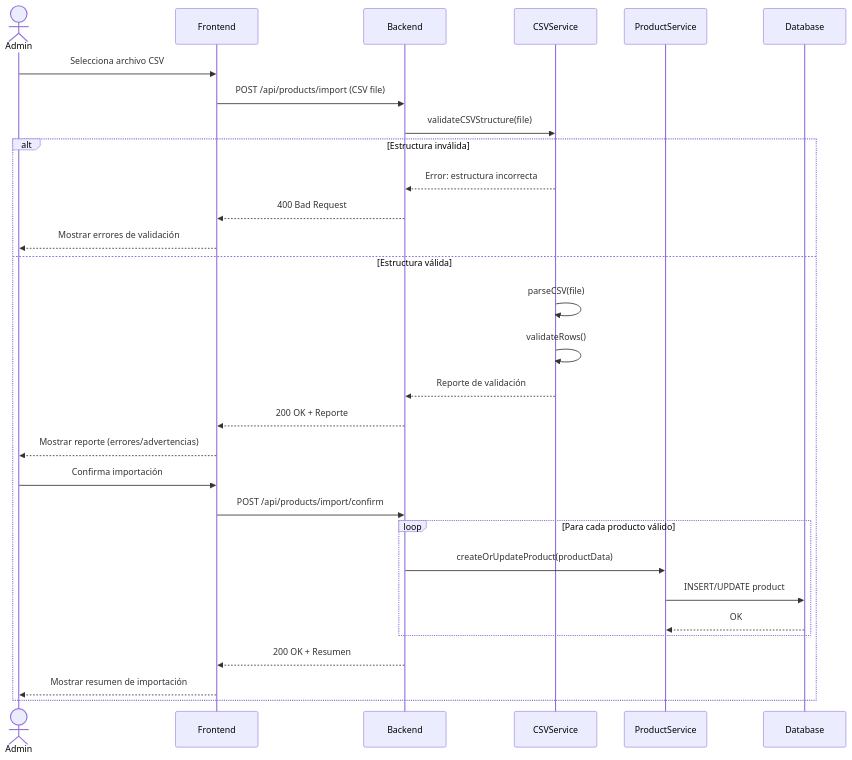
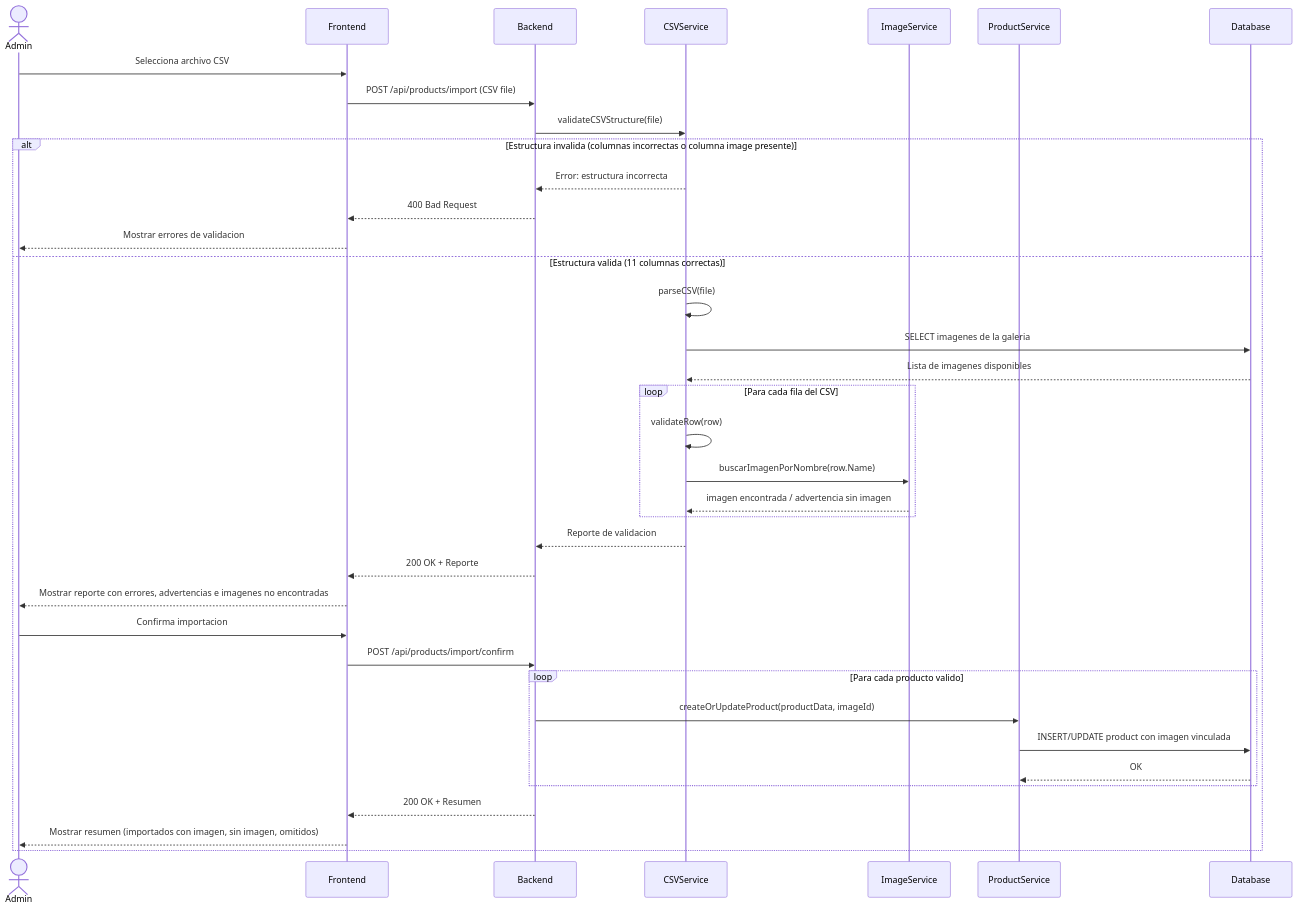
Before and after one commit to MarioEstu/sistem-aljaba: the third of 13 diagrams in docs/diagramas/DIAGRAMAS_UML.md, drawn with Mermaid. The commit also changed other lines of this file and 3 other files, not shown here.

````diff
--- a/docs/diagramas/DIAGRAMAS_UML.md
+++ b/docs/diagramas/DIAGRAMAS_UML.md
@@ -247,37 +249,46 @@
 ```mermaid
 sequenceDiagram
     actor Admin
     participant Frontend
     participant Backend
     participant CSVService
+    participant ImageService
     participant ProductService
     participant Database
-    
+
     Admin->>Frontend: Selecciona archivo CSV
     Frontend->>Backend: POST /api/products/import (CSV file)
     Backend->>CSVService: validateCSVStructure(file)
-    
-    alt Estructura inválida
+
+    alt Estructura invalida (columnas incorrectas o columna image presente)
         CSVService-->>Backend: Error: estructura incorrecta
         Backend-->>Frontend: 400 Bad Request
-        Frontend-->>Admin: Mostrar errores de validación
-    else Estructura válida
+        Frontend-->>Admin: Mostrar errores de validacion
+    else Estructura valida (11 columnas correctas)
         CSVService->>CSVService: parseCSV(file)
-        CSVService->>CSVService: validateRows()
-        CSVService-->>Backend: Reporte de validación
+        CSVService->>Database: SELECT imagenes de la galeria
+        Database-->>CSVService: Lista de imagenes disponibles
+
+        loop Para cada fila del CSV
+            CSVService->>CSVService: validateRow(row)
+            CSVService->>ImageService: buscarImagenPorNombre(row.Name)
+            ImageService-->>CSVService: imagen encontrada / advertencia sin imagen
+        end
+
+        CSVService-->>Backend: Reporte de validacion
         Backend-->>Frontend: 200 OK + Reporte
-        Frontend-->>Admin: Mostrar reporte (errores/advertencias)
-        
-        Admin->>Frontend: Confirma importación
+        Frontend-->>Admin: Mostrar reporte con errores, advertencias e imagenes no encontradas
+
+        Admin->>Frontend: Confirma importacion
         Frontend->>Backend: POST /api/products/import/confirm
-        
-        loop Para cada producto válido
-            Backend->>ProductService: createOrUpdateProduct(productData)
-            ProductService->>Database: INSERT/UPDATE product
+
+        loop Para cada producto valido
+            Backend->>ProductService: createOrUpdateProduct(productData, imageId)
+            ProductService->>Database: INSERT/UPDATE product con imagen vinculada
             Database-->>ProductService: OK
         end
-        
+
         Backend-->>Frontend: 200 OK + Resumen
-        Frontend-->>Admin: Mostrar resumen de importación
+        Frontend-->>Admin: Mostrar resumen (importados con imagen, sin imagen, omitidos)
     end
 ```
````
